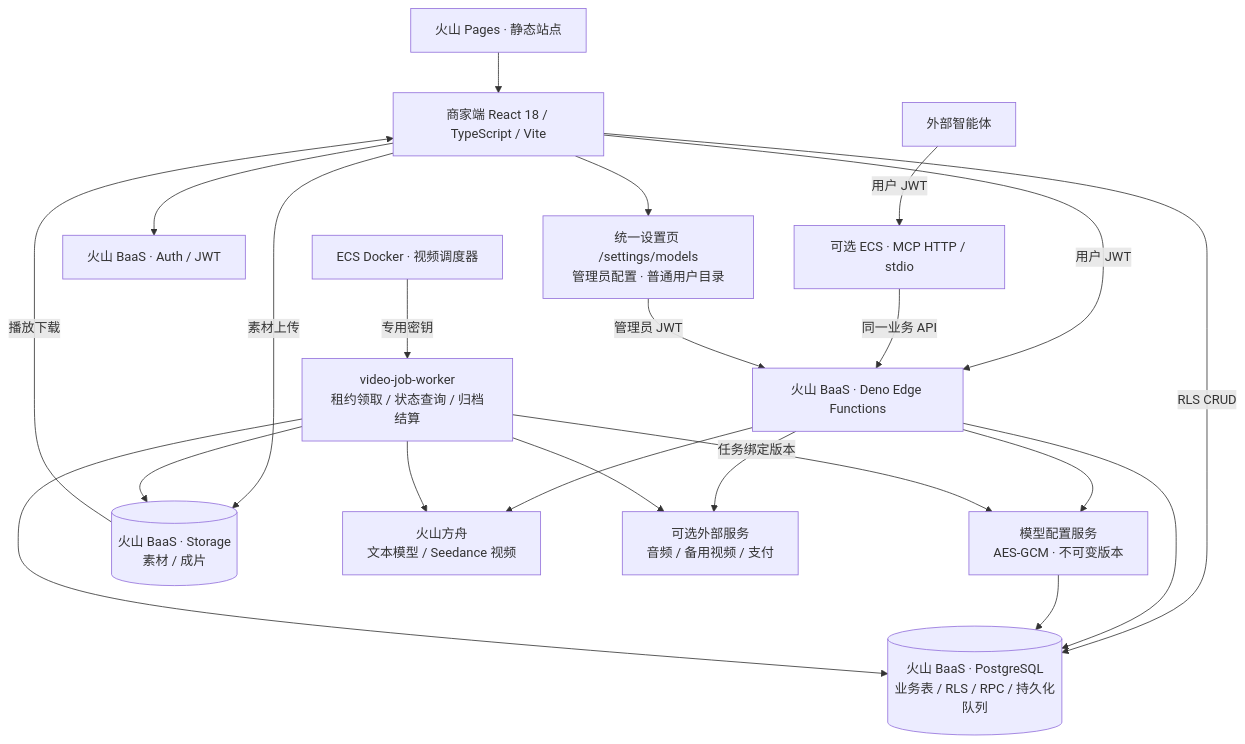
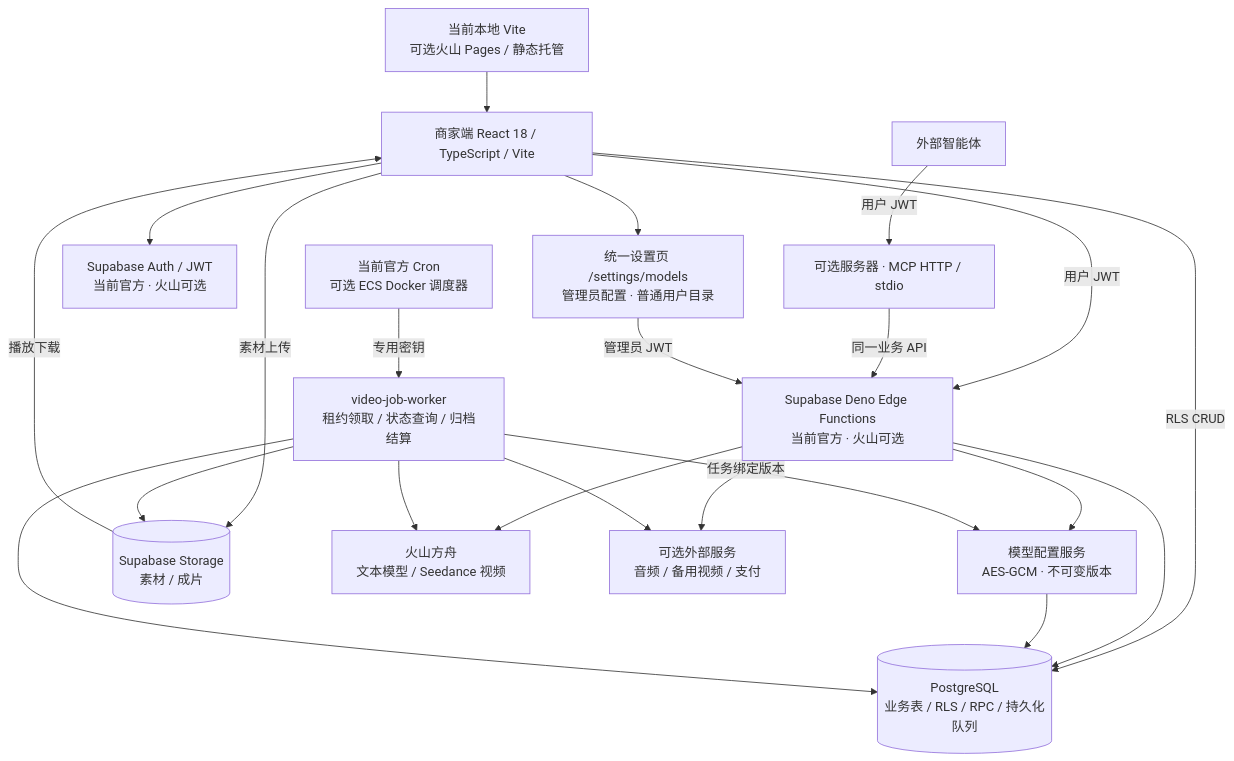
One commit to jelven007/AIGC changed the diagram in docs/TECHNICAL_ARCHITECTURE.md. Above: the diagram before and after it, drawn with Mermaid. The commit also changed other lines of this file and 55 other files, not shown here.

````diff
--- a/docs/TECHNICAL_ARCHITECTURE.md
+++ b/docs/TECHNICAL_ARCHITECTURE.md
@@ -7,39 +7,39 @@
 ```mermaid
 flowchart TB
     Browser["商家端 React 18 / TypeScript / Vite"]
     Agent["外部智能体"]
-    Pages["火山 Pages · 静态站点"]
-    MCP["可选 ECS · MCP HTTP / stdio"]
-    Auth["火山 BaaS · Auth / JWT"]
-    API["火山 BaaS · Deno Edge Functions"]
+    Pages["当前本地 Vite<br/>可选火山 Pages / 静态托管"]
+    MCP["可选服务器 · MCP HTTP / stdio"]
+    Auth["Supabase Auth / JWT<br/>当前官方 · 火山可选"]
+    API["Supabase Deno Edge Functions<br/>当前官方 · 火山可选"]
     Settings["统一设置页 /settings/models<br/>管理员配置 · 普通用户目录"]
     Registry["模型配置服务<br/>AES-GCM · 不可变版本"]
-    DB[("火山 BaaS · PostgreSQL<br/>业务表 / RLS / RPC / 持久化队列")]
-    Storage[("火山 BaaS · Storage<br/>素材 / 成片")]
-    Scheduler["ECS Docker · 视频调度器"]
+    DB[("PostgreSQL<br/>业务表 / RLS / RPC / 持久化队列")]
+    Storage[("Supabase Storage<br/>素材 / 成片")]
+    Scheduler["当前官方 Cron<br/>可选 ECS Docker 调度器"]
     Worker["video-job-worker<br/>租约领取 / 状态查询 / 归档结算"]
     Ark["火山方舟<br/>文本模型 / Seedance 视频"]
     External["可选外部服务<br/>音频 / 备用视频 / 支付"]
 
     Pages --> Browser
     Browser --> Auth
     Browser -->|"用户 JWT"| API
     Browser -->|"RLS CRUD"| DB
     Browser -->|"素材上传"| Storage
     Agent -->|"用户 JWT"| MCP
     MCP -->|"同一业务 API"| API
     API --> DB
     Browser --> Settings
     Settings -->|"管理员 JWT"| API
     API --> Registry
     Registry --> DB
     API --> Ark
     API --> External
     Scheduler -->|"专用密钥"| Worker
     Worker --> DB
     Worker -->|"任务绑定版本"| Registry
     Worker --> Ark
     Worker --> External
     Worker --> Storage
     Storage -->|"播放下载"| Browser
 ```
````
